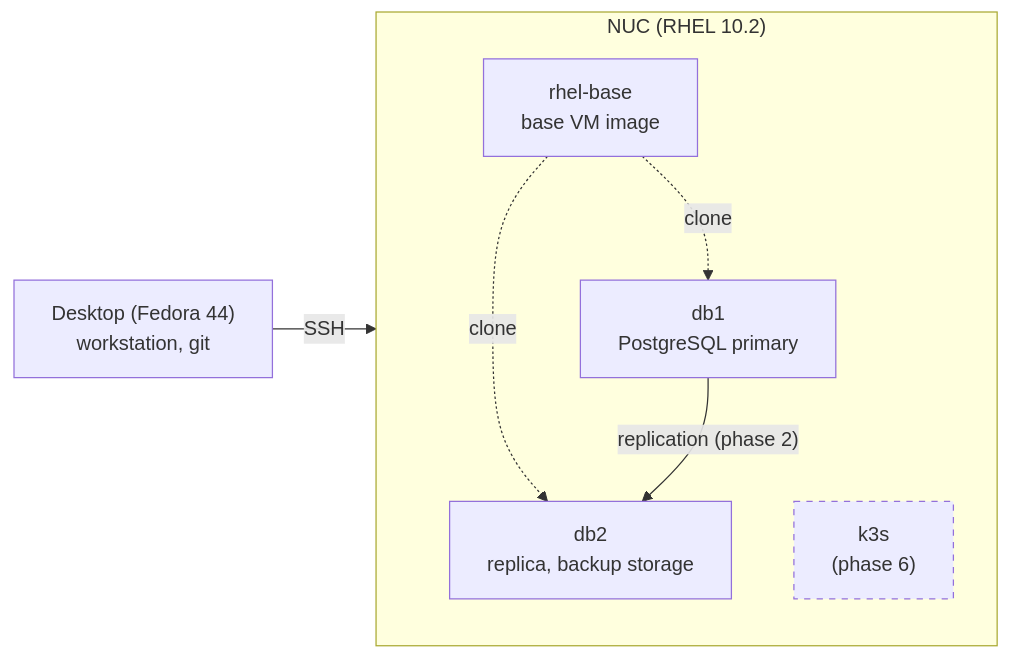
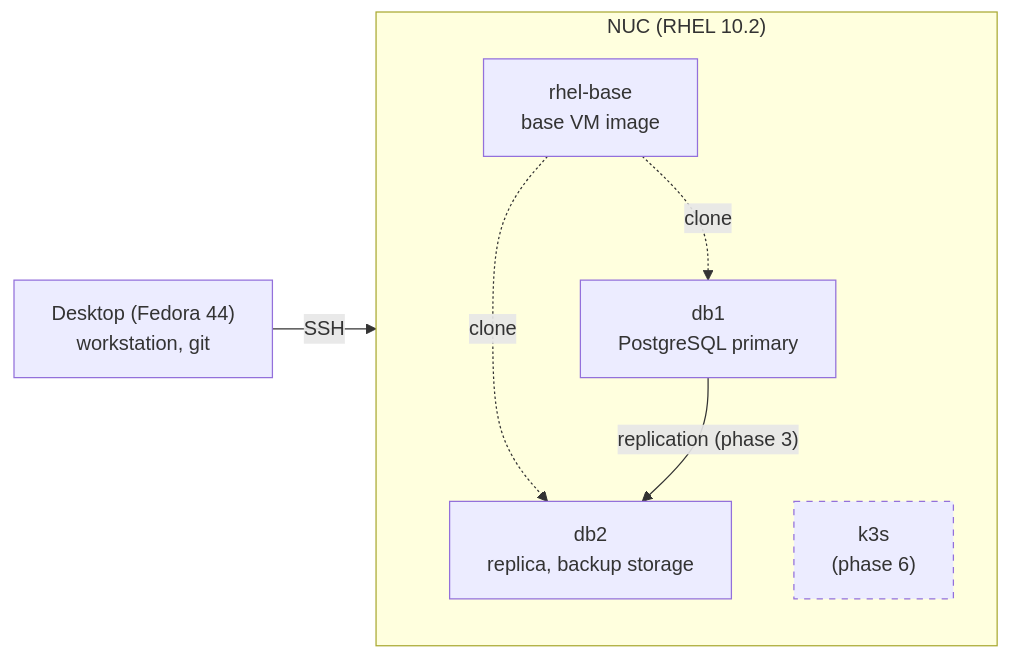
The diagram in README.md (marin-orejas/rhel-data-platform), drawn with Mermaid before and after one commit. The commit also changed other lines of this file and 2 other files, not shown here.

Commit message:
docs: move RHCSA practice before replication and ETL

````diff
--- a/README.md
+++ b/README.md
@@ -13,16 +13,16 @@
 ```mermaid
 flowchart LR
     desk["Desktop (Fedora 44)<br/>workstation, git"]
     subgraph nuc["NUC (RHEL 10.2)"]
         base["rhel-base<br/>base VM image"]
         db1["db1<br/>PostgreSQL primary"]
         db2["db2<br/>replica, backup storage"]
         k3s["k3s<br/>(phase 6)"]
         base -. clone .-> db1
         base -. clone .-> db2
-        db1 -- "replication (phase 2)" --> db2
+        db1 -- "replication (phase 3)" --> db2
     end
     desk -- SSH --> nuc
     classDef planned stroke-dasharray: 5 5
     class k3s planned
 ```
````
